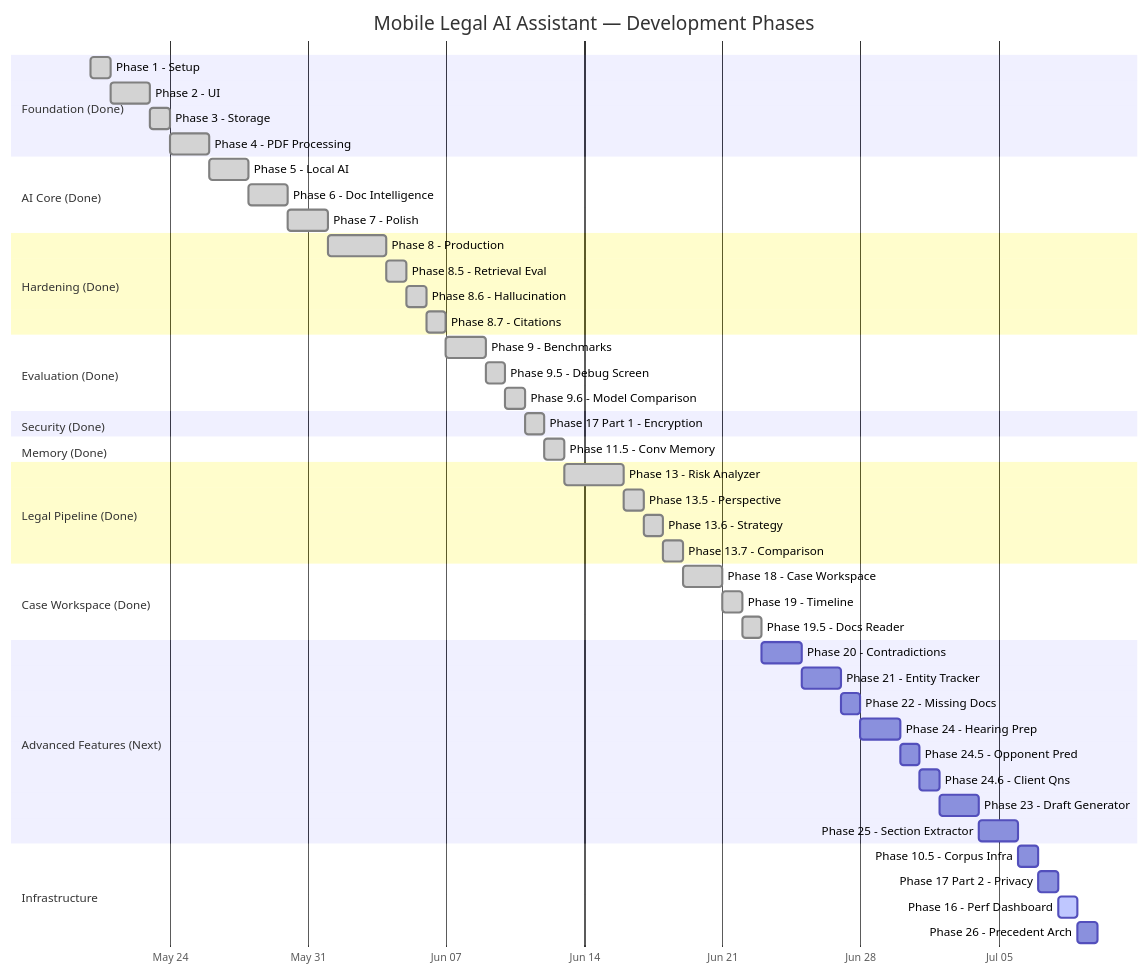
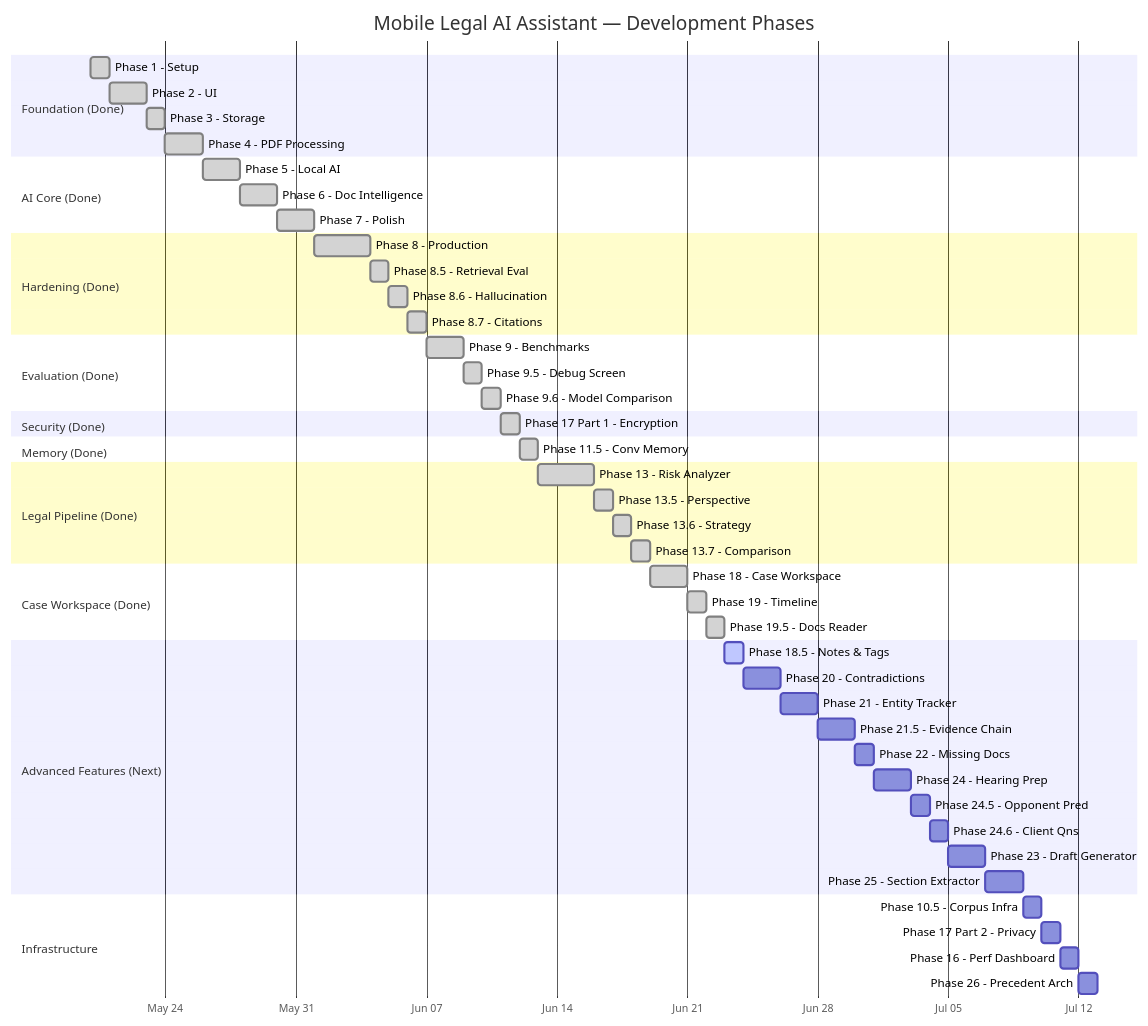
Before and after one commit to Nani040905/mobile-legal-ai-assistant: the second of 2 diagrams in docs/07-roadmap.md, drawn with Mermaid. The commit also changed other lines of this file and 1 other file, not shown here.

Commit message:
Docs: Update implementation plan and roadmap execution order with all new user requirements

````diff
--- a/docs/07-roadmap.md
+++ b/docs/07-roadmap.md
@@ -13,61 +13,63 @@
 ```mermaid
 gantt
     title Mobile Legal AI Assistant — Development Phases
     dateFormat YYYY-MM-DD
     axisFormat %b %d
 
     section Foundation (Done)
     Phase 1 - Setup             :done, p1, 2026-05-20, 1d
     Phase 2 - UI                :done, p2, after p1, 2d
     Phase 3 - Storage           :done, p3, after p2, 1d
     Phase 4 - PDF Processing    :done, p4, after p3, 2d
 
     section AI Core (Done)
     Phase 5 - Local AI          :done, p5, after p4, 2d
     Phase 6 - Doc Intelligence  :done, p6, after p5, 2d
     Phase 7 - Polish            :done, p7, after p6, 2d
 
     section Hardening (Done)
     Phase 8 - Production        :done, p8, after p7, 3d
     Phase 8.5 - Retrieval Eval  :done, p85, after p8, 1d
     Phase 8.6 - Hallucination   :done, p86, after p85, 1d
     Phase 8.7 - Citations       :done, p87, after p86, 1d
 
     section Evaluation (Done)
     Phase 9 - Benchmarks        :done, p9, after p87, 2d
     Phase 9.5 - Debug Screen    :done, p95, after p9, 1d
     Phase 9.6 - Model Comparison :done, p96, after p95, 1d
 
     section Security (Done)
     Phase 17 Part 1 - Encryption :done, p17a, after p96, 1d
 
     section Memory (Done)
     Phase 11.5 - Conv Memory    :done, p115, after p17a, 1d
 
     section Legal Pipeline (Done)
     Phase 13 - Risk Analyzer    :done, p13, after p115, 3d
     Phase 13.5 - Perspective    :done, p135, after p13, 1d
     Phase 13.6 - Strategy       :done, p136, after p135, 1d
     Phase 13.7 - Comparison     :done, p137, after p136, 1d
 
     section Case Workspace (Done)
     Phase 18 - Case Workspace   :done, p18, after p137, 2d
     Phase 19 - Timeline         :done, p19, after p18, 1d
     Phase 19.5 - Docs Reader    :done, p195, after p19, 1d
 
     section Advanced Features (Next)
-    Phase 20 - Contradictions   :p20, after p195, 2d
+    Phase 18.5 - Notes & Tags   :active, p185, after p195, 1d
+    Phase 20 - Contradictions   :p20, after p185, 2d
     Phase 21 - Entity Tracker   :p21, after p20, 2d
-    Phase 22 - Missing Docs     :p22, after p21, 1d
+    Phase 21.5 - Evidence Chain :p215, after p21, 2d
+    Phase 22 - Missing Docs     :p22, after p215, 1d
     Phase 24 - Hearing Prep     :p24, after p22, 2d
     Phase 24.5 - Opponent Pred  :p245, after p24, 1d
     Phase 24.6 - Client Qns     :p246, after p245, 1d
     Phase 23 - Draft Generator  :p23, after p246, 2d
     Phase 25 - Section Extractor :p25, after p23, 2d
 
     section Infrastructure
     Phase 10.5 - Corpus Infra   :p105, after p25, 1d
     Phase 17 Part 2 - Privacy   :p17b, after p105, 1d
-    Phase 16 - Perf Dashboard   :active, p16, after p17b, 1d
+    Phase 16 - Perf Dashboard   :p16, after p17b, 1d
     Phase 26 - Precedent Arch   :p26, after p16, 1d
 ```
````
